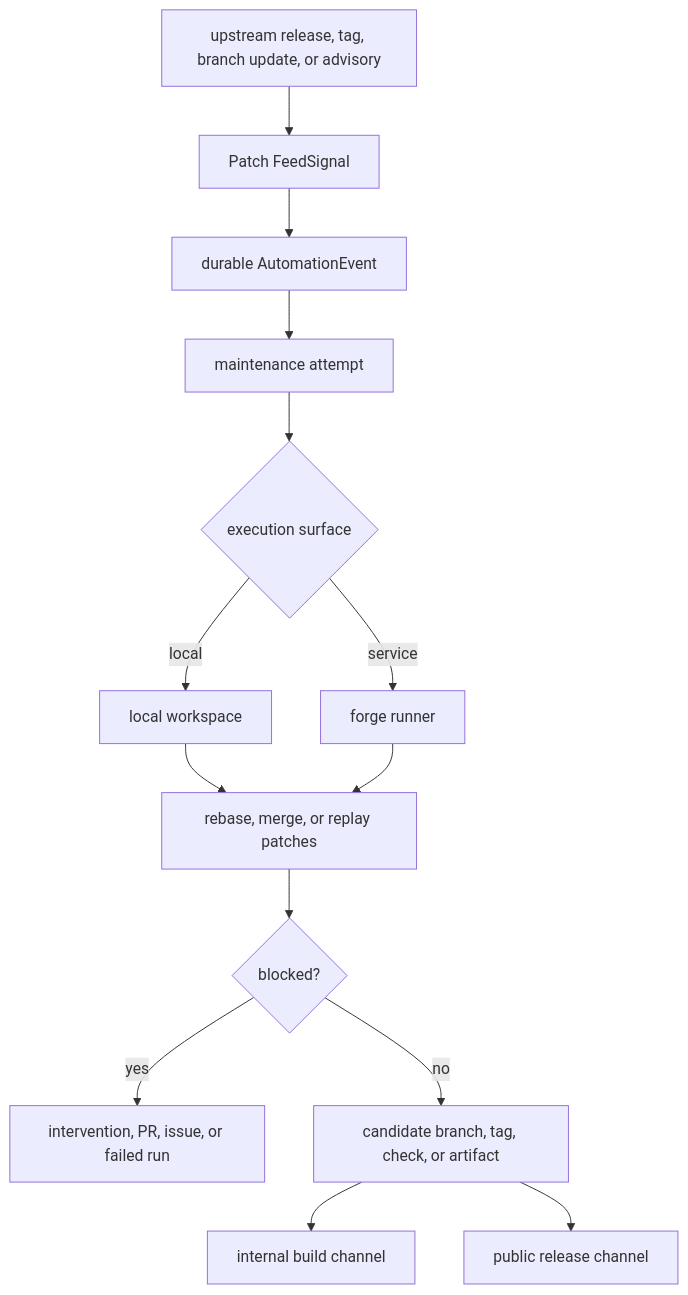
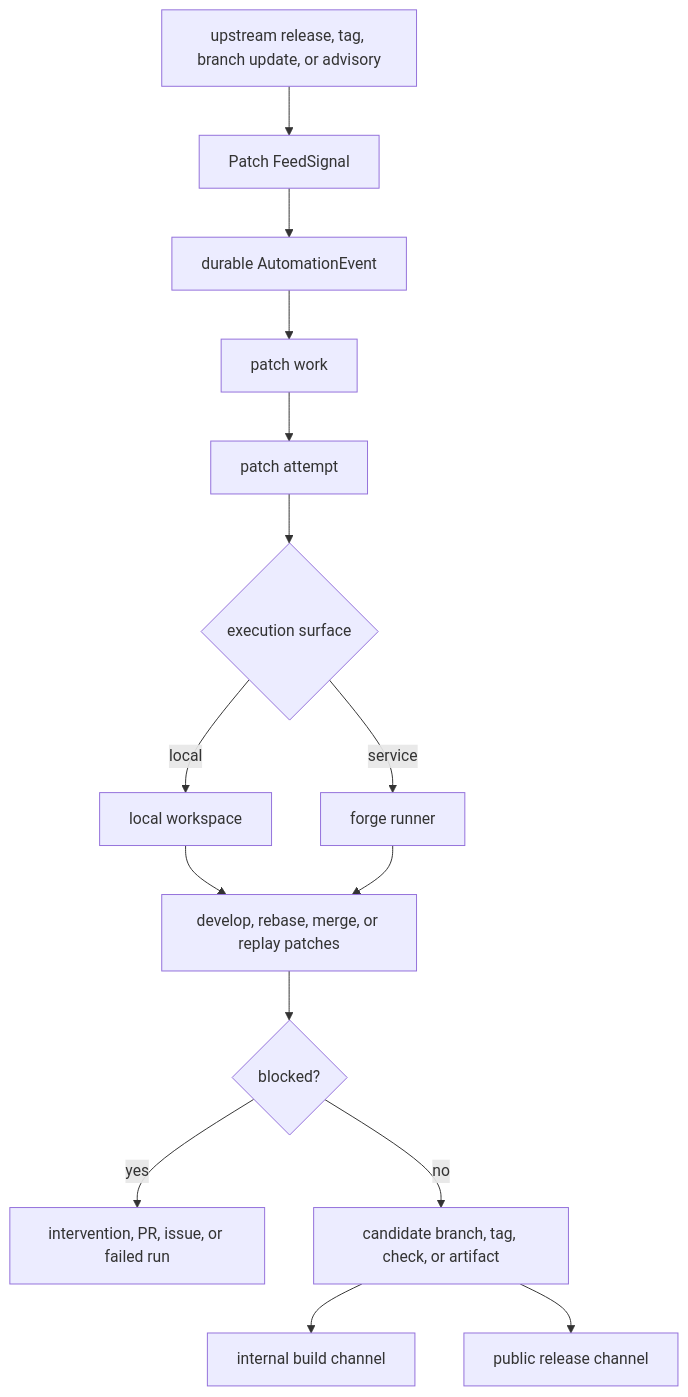
One commit to peezy-tech/patch.moi changed the diagram in docs/pages/concepts/architecture.md. Above: the diagram before and after it, drawn with Mermaid. The commit also changed other lines of this file and 30 other files, not shown here.

Commit message:
Introduce patch work records

````diff
--- a/docs/pages/concepts/architecture.md
+++ b/docs/pages/concepts/architecture.md
@@ -20,16 +20,17 @@
 ```mermaid
 flowchart TD
   A["upstream release, tag, branch update, or advisory"] --> B["Patch FeedSignal"]
   B --> C["durable AutomationEvent"]
-  C --> D["maintenance attempt"]
-  D --> E{"execution surface"}
-  E -- local --> F["local workspace"]
-  E -- service --> G["forge runner"]
-  F --> H["rebase, merge, or replay patches"]
-  G --> H
-  H --> I{"blocked?"}
-  I -- yes --> J["intervention, PR, issue, or failed run"]
-  I -- no --> K["candidate branch, tag, check, or artifact"]
-  K --> L["internal build channel"]
-  K --> M["public release channel"]
+  C --> D["patch work"]
+  D --> E["patch attempt"]
+  E --> F{"execution surface"}
+  F -- local --> G["local workspace"]
+  F -- service --> H["forge runner"]
+  G --> I["develop, rebase, merge, or replay patches"]
+  H --> I
+  I --> J{"blocked?"}
+  J -- yes --> K["intervention, PR, issue, or failed run"]
+  J -- no --> L["candidate branch, tag, check, or artifact"]
+  L --> M["internal build channel"]
+  L --> N["public release channel"]
 ```
````
